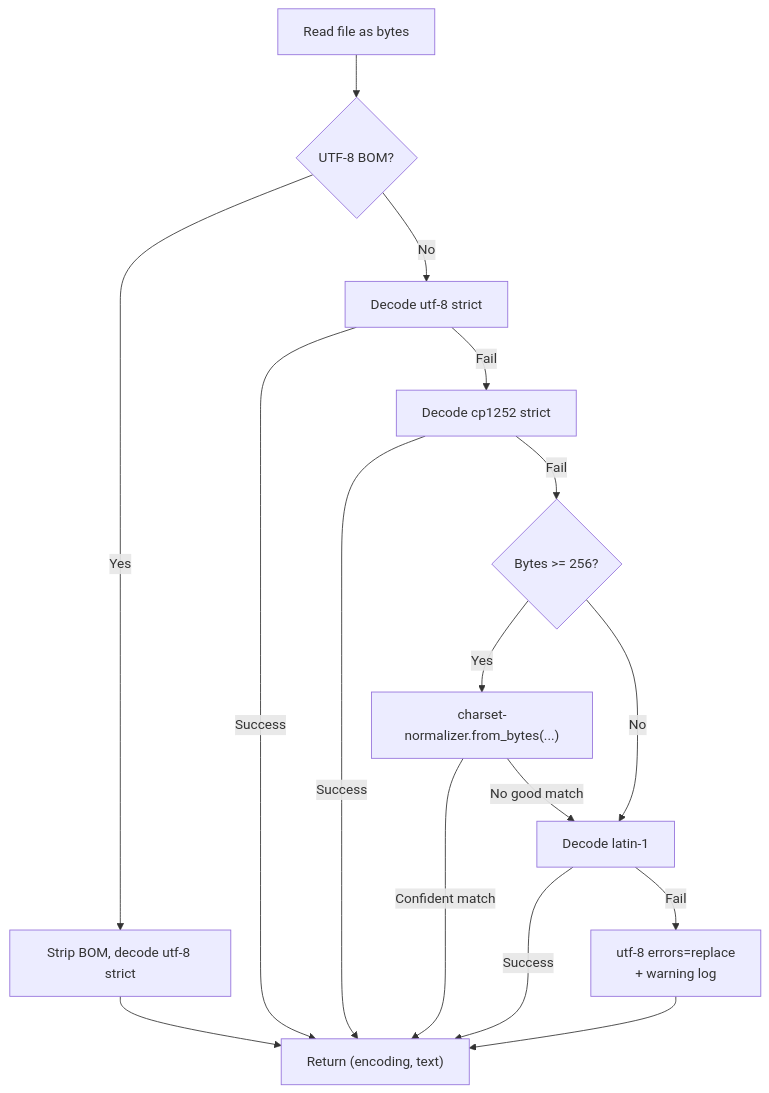
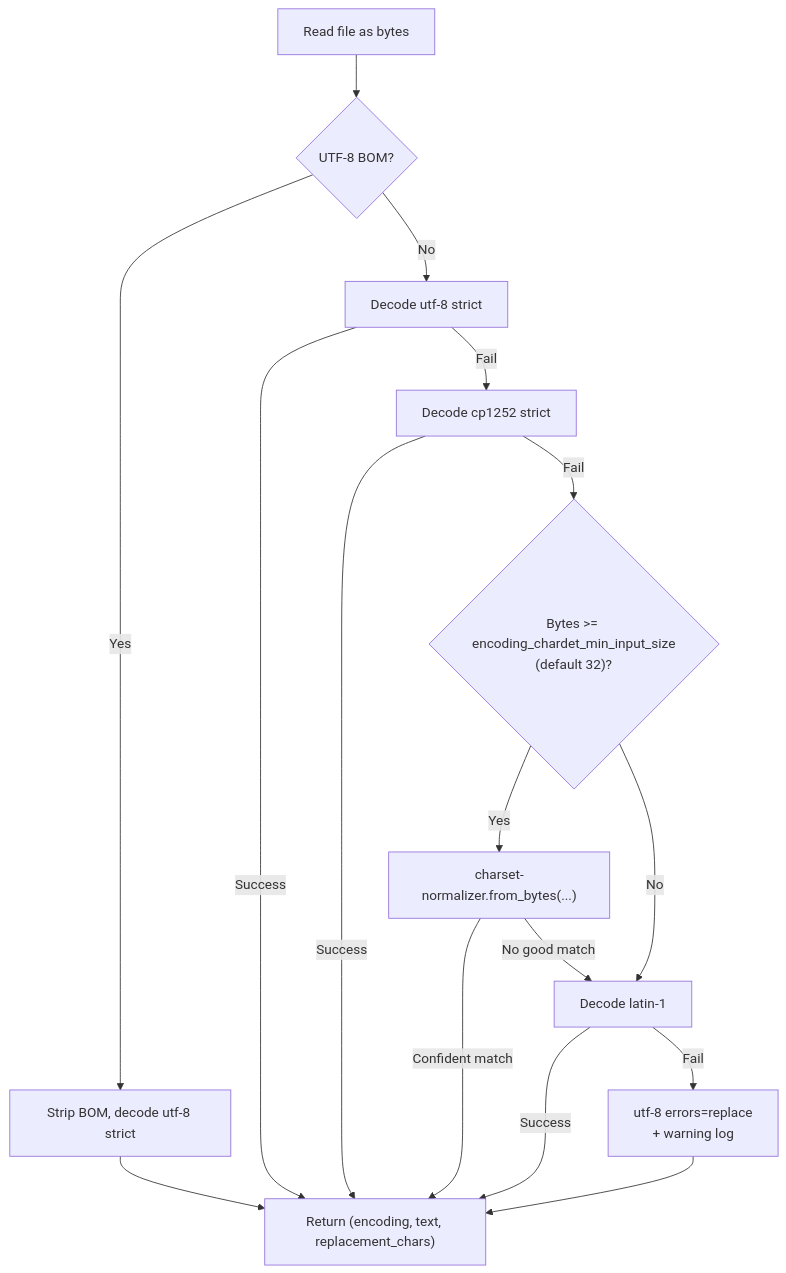
The diagram in packages/docs/docs/architecture/extraction-pipeline/encoding.md (chaoscypherinc/chaoscypher), drawn with Mermaid before and after one commit. The commit also changed other lines of this file and 395 other files, not shown here.

````diff
--- a/packages/docs/docs/architecture/extraction-pipeline/encoding.md
+++ b/packages/docs/docs/architecture/extraction-pipeline/encoding.md
@@ -41,18 +41,18 @@
 ```mermaid
 flowchart TD
     A["Read file as bytes"] --> B{"UTF-8 BOM?"}
     B -->|Yes| C["Strip BOM, decode utf-8 strict"]
     B -->|No| D["Decode utf-8 strict"]
-    C --> Done["Return (encoding, text)"]
+    C --> Done["Return (encoding, text, replacement_chars)"]
     D -->|Success| Done
     D -->|Fail| E["Decode cp1252 strict"]
     E -->|Success| Done
-    E -->|Fail| F{"Bytes >= 256?"}
+    E -->|Fail| F{"Bytes >= encoding_chardet_min_input_size<br/>(default 32)?"}
     F -->|Yes| G["charset-normalizer.from_bytes(...)"]
     G -->|Confident match| Done
     G -->|No good match| H["Decode latin-1"]
     F -->|No| H
     H -->|Success| Done
     H -->|Fail| I["utf-8 errors=replace<br/>+ warning log"]
     I --> Done
 ```
````
